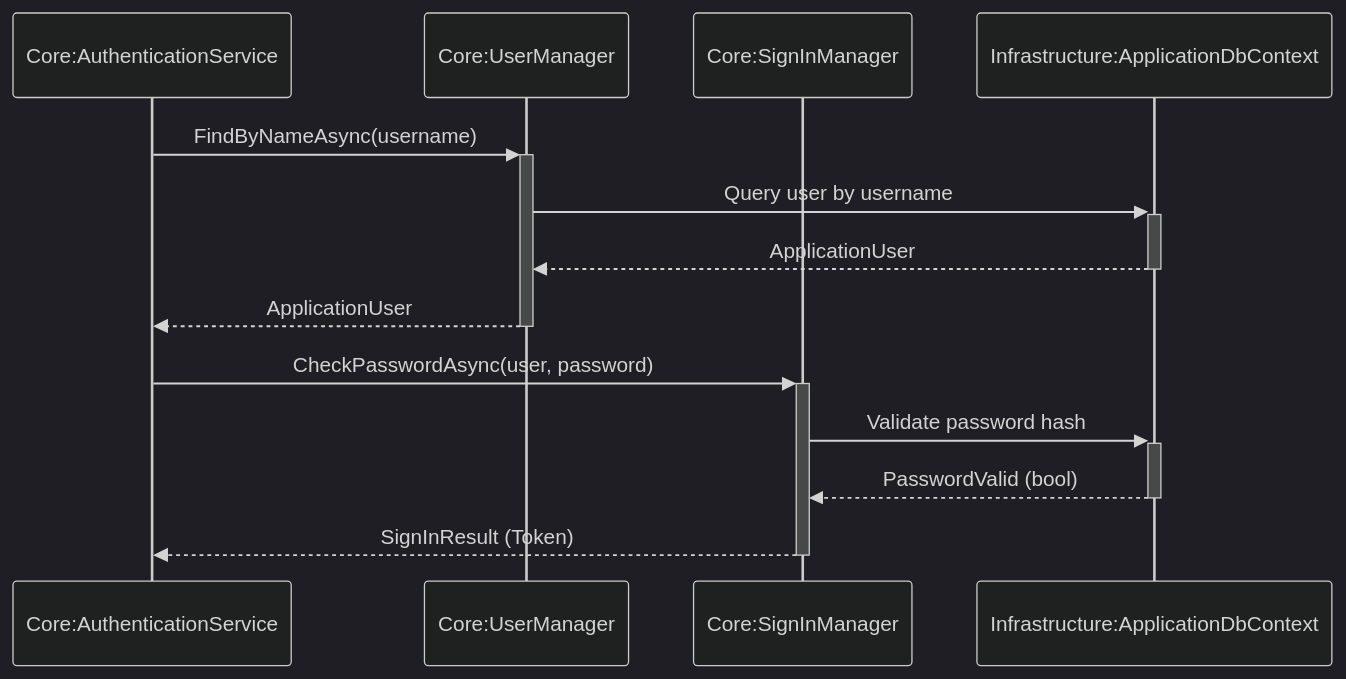
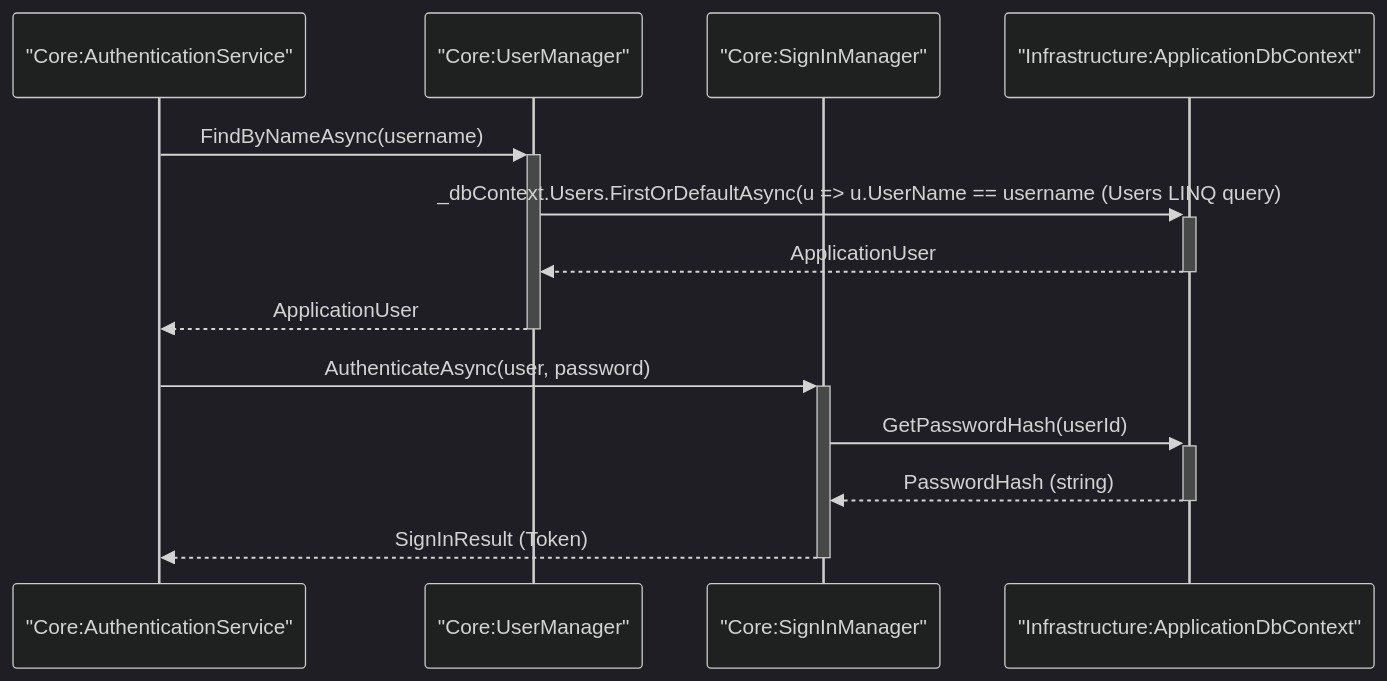
The diagram in docs/UseCases/UC-001/SD.md (TirsvadCLI/DotNet.Portfolio), drawn with Mermaid (dark theme) before and after one commit. The commit also changed other lines of this file and 30 other files, not shown here.

````diff
--- a/docs/UseCases/UC-001/SD.md
+++ b/docs/UseCases/UC-001/SD.md
@@ -20,15 +20,15 @@
 ```mermaid
 sequenceDiagram
-    participant AuthenticationService as Core:AuthenticationService
-    participant UserManager as Core:UserManager
-    participant SignInManager as Core:SignInManager
-    participant ApplicationDbContext as Infrastructure:ApplicationDbContext
+    participant AuthenticationService as "Core:AuthenticationService"
+    participant UserManager as "Core:UserManager"
+    participant SignInManager as "Core:SignInManager"
+    participant ApplicationDbContext as "Infrastructure:ApplicationDbContext"
     AuthenticationService->>+UserManager: FindByNameAsync(username)
-    UserManager->>+ApplicationDbContext: Query user by username
+    UserManager->>+ApplicationDbContext: _dbContext.Users.FirstOrDefaultAsync(u => u.UserName == username (Users LINQ query)
     ApplicationDbContext-->>-UserManager: ApplicationUser
     UserManager-->>-AuthenticationService: ApplicationUser
-    AuthenticationService->>+SignInManager: CheckPasswordAsync(user, password)
-    SignInManager->>+ApplicationDbContext: Validate password hash
-    ApplicationDbContext-->>-SignInManager: PasswordValid (bool)
+    AuthenticationService->>+SignInManager: AuthenticateAsync(user, password)
+    SignInManager->>+ApplicationDbContext: GetPasswordHash(userId)
+    ApplicationDbContext-->>-SignInManager: PasswordHash (string)
     SignInManager-->>-AuthenticationService: SignInResult (Token)
 ```
````
